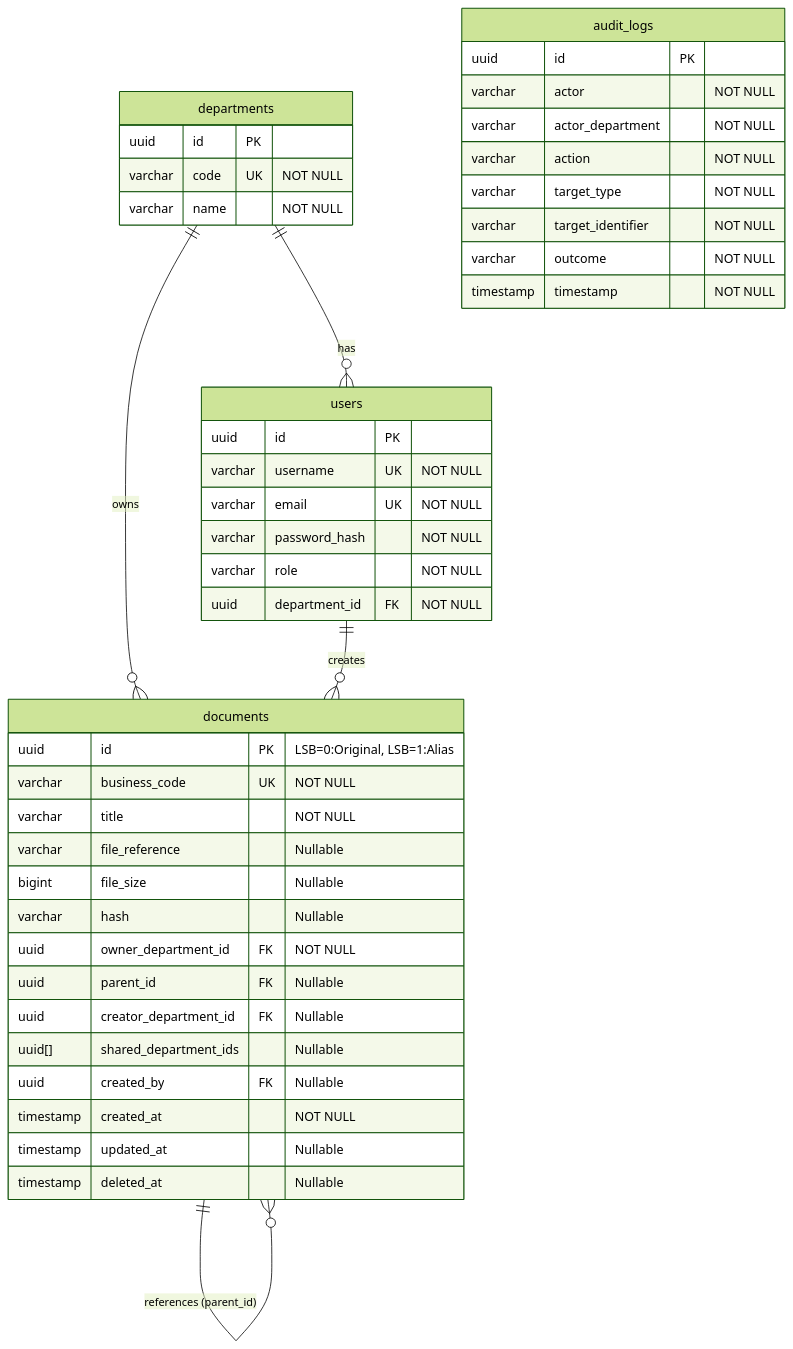
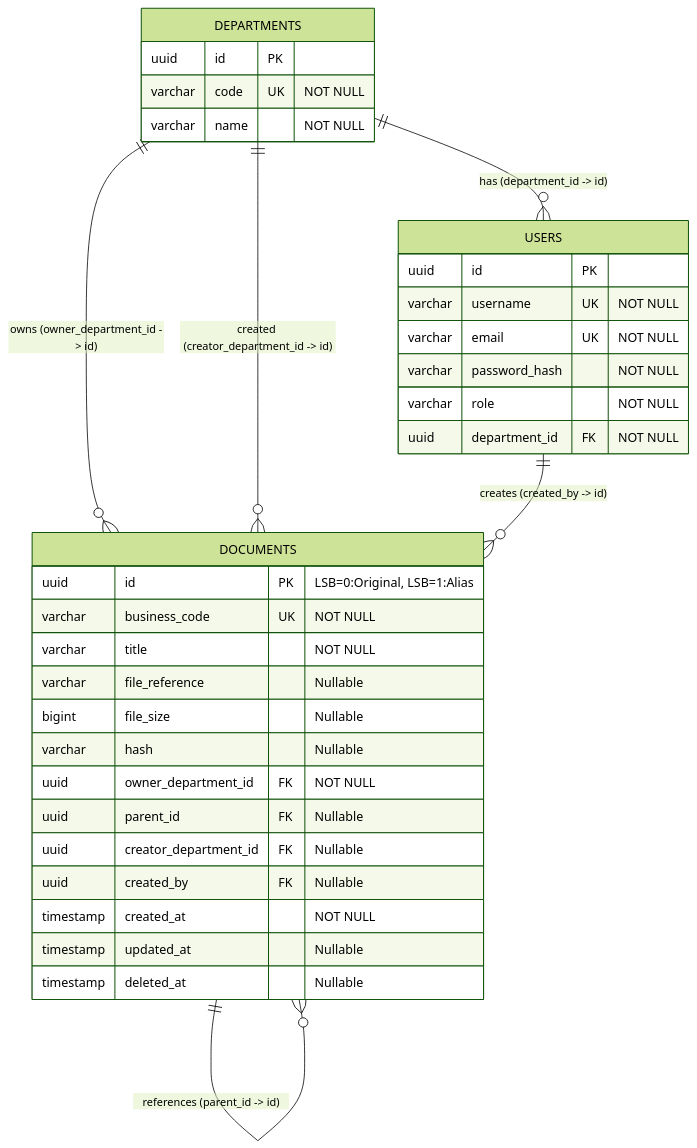
One commit to thanhhuong1523/enterprise-ai-systems changed the tenth of 18 diagrams in docs/detailed_design.md. Above: the diagram before and after it, drawn with Mermaid (forest theme). The commit also changed other lines of this file and 2 other files, not shown here.

Commit message:
change db and add diagrams to detailed design

````diff
--- a/docs/detailed_design.md
+++ b/docs/detailed_design.md
@@ -101,50 +279,39 @@
 ```mermaid
 erDiagram
-    departments {
+    DEPARTMENTS {
         uuid id PK
         varchar code UK "NOT NULL"
         varchar name "NOT NULL"
     }
 
-    users {
+    USERS {
         uuid id PK
         varchar username UK "NOT NULL"
         varchar email UK "NOT NULL"
         varchar password_hash "NOT NULL"
         varchar role "NOT NULL"
         uuid department_id FK "NOT NULL"
     }
 
-    documents {
+    DOCUMENTS {
         uuid id PK "LSB=0:Original, LSB=1:Alias"
         varchar business_code UK "NOT NULL"
         varchar title "NOT NULL"
         varchar file_reference "Nullable"
         bigint file_size "Nullable"
         varchar hash "Nullable"
         uuid owner_department_id FK "NOT NULL"
         uuid parent_id FK "Nullable"
         uuid creator_department_id FK "Nullable"
-        uuid[] shared_department_ids "Nullable"
         uuid created_by FK "Nullable"
         timestamp created_at "NOT NULL"
         timestamp updated_at "Nullable"
         timestamp deleted_at "Nullable"
     }
 
-    audit_logs {
-        uuid id PK
-        varchar actor "NOT NULL"
-        varchar actor_department "NOT NULL"
-        varchar action "NOT NULL"
-        varchar target_type "NOT NULL"
-        varchar target_identifier "NOT NULL"
-        varchar outcome "NOT NULL"
-        timestamp timestamp "NOT NULL"
-    }
-
-    departments ||--o{ users : "has"
-    departments ||--o{ documents : "owns"
-    users ||--o{ documents : "creates"
-    documents ||--o{ documents : "references (parent_id)"
+    DEPARTMENTS ||--o{ USERS : "has (department_id -> id)"
+    DEPARTMENTS ||--o{ DOCUMENTS : "owns (owner_department_id -> id)"
+    DEPARTMENTS ||--o{ DOCUMENTS : "created (creator_department_id -> id)"
+    USERS ||--o{ DOCUMENTS : "creates (created_by -> id)"
+    DOCUMENTS ||--o{ DOCUMENTS : "references (parent_id -> id)"
 ```
````
